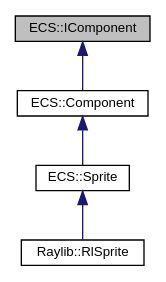
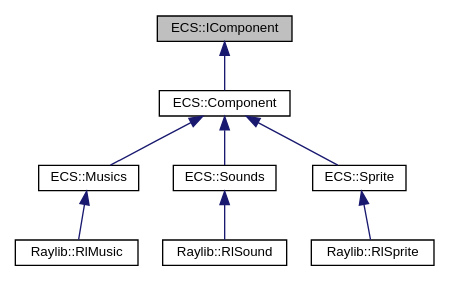
One commit to TerryMazzoni/RTypeMirror changed the diagram in classECS_1_1IComponent__inherit__graph.dot. Above: the diagram before and after it, drawn with Graphviz. The commit also changed 100 other files, not shown here.

```diff
--- a/classECS_1_1IComponent__inherit__graph.dot
+++ b/classECS_1_1IComponent__inherit__graph.dot
@@ -1,13 +1,21 @@
 digraph "ECS::IComponent"
 {
  // LATEX_PDF_SIZE
   edge [fontname="Helvetica",fontsize="10",labelfontname="Helvetica",labelfontsize="10"];
   node [fontname="Helvetica",fontsize="10",shape=record];
   Node1 [label="ECS::IComponent",height=0.2,width=0.4,color="black", fillcolor="grey75", style="filled", fontcolor="black",tooltip=" "];
   Node1 -> Node2 [dir="back",color="midnightblue",fontsize="10",style="solid",fontname="Helvetica"];
   Node2 [label="ECS::Component",height=0.2,width=0.4,color="black", fillcolor="white", style="filled",URL="$classECS_1_1Component.html",tooltip=" "];
   Node2 -> Node3 [dir="back",color="midnightblue",fontsize="10",style="solid",fontname="Helvetica"];
-  Node3 [label="ECS::Sprite",height=0.2,width=0.4,color="black", fillcolor="white", style="filled",URL="$classECS_1_1Sprite.html",tooltip=" "];
+  Node3 [label="ECS::Musics",height=0.2,width=0.4,color="black", fillcolor="white", style="filled",URL="$classECS_1_1Musics.html",tooltip=" "];
   Node3 -> Node4 [dir="back",color="midnightblue",fontsize="10",style="solid",fontname="Helvetica"];
-  Node4 [label="Raylib::RlSprite",height=0.2,width=0.4,color="black", fillcolor="white", style="filled",URL="$classRaylib_1_1RlSprite.html",tooltip=" "];
+  Node4 [label="Raylib::RlMusic",height=0.2,width=0.4,color="black", fillcolor="white", style="filled",URL="$classRaylib_1_1RlMusic.html",tooltip=" "];
+  Node2 -> Node5 [dir="back",color="midnightblue",fontsize="10",style="solid",fontname="Helvetica"];
+  Node5 [label="ECS::Sounds",height=0.2,width=0.4,color="black", fillcolor="white", style="filled",URL="$classECS_1_1Sounds.html",tooltip=" "];
+  Node5 -> Node6 [dir="back",color="midnightblue",fontsize="10",style="solid",fontname="Helvetica"];
+  Node6 [label="Raylib::RlSound",height=0.2,width=0.4,color="black", fillcolor="white", style="filled",URL="$classRaylib_1_1RlSound.html",tooltip=" "];
+  Node2 -> Node7 [dir="back",color="midnightblue",fontsize="10",style="solid",fontname="Helvetica"];
+  Node7 [label="ECS::Sprite",height=0.2,width=0.4,color="black", fillcolor="white", style="filled",URL="$classECS_1_1Sprite.html",tooltip=" "];
+  Node7 -> Node8 [dir="back",color="midnightblue",fontsize="10",style="solid",fontname="Helvetica"];
+  Node8 [label="Raylib::RlSprite",height=0.2,width=0.4,color="black", fillcolor="white", style="filled",URL="$classRaylib_1_1RlSprite.html",tooltip=" "];
 }
```
